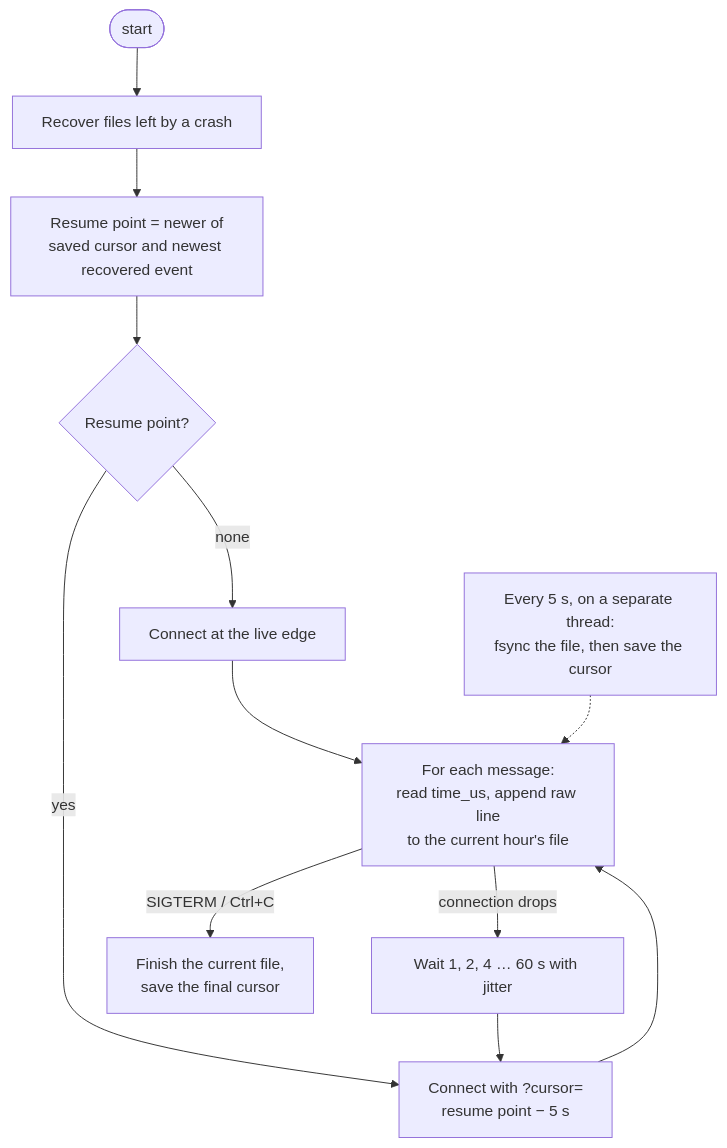
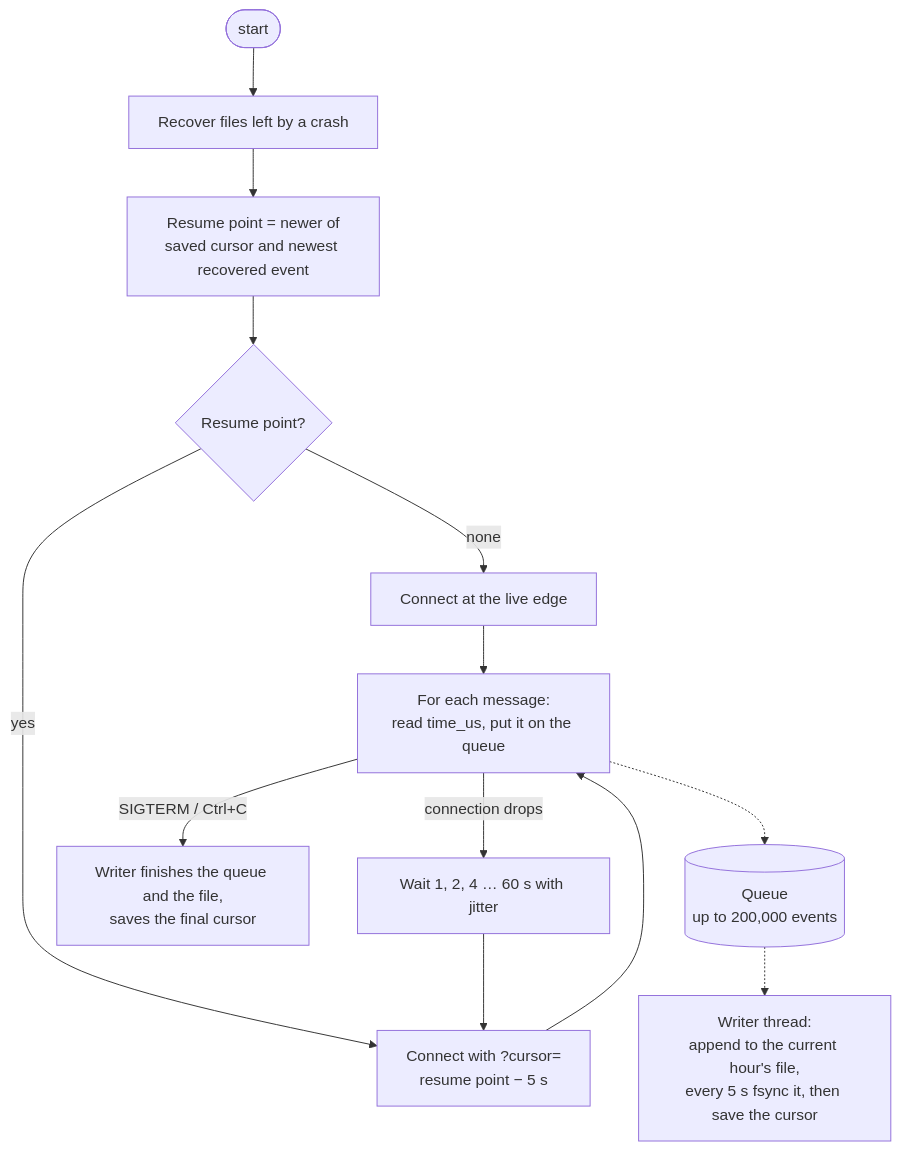
Before and after one commit to dhirajkk91/bluesky-stream-analytics: the first of 2 diagrams in docs/architectures/collector.md, drawn with Mermaid. The commit also changed other lines of this file and 7 other files, not shown here.

Commit message:
Read and write on separate threads in the collector

````diff
--- a/docs/architectures/collector.md
+++ b/docs/architectures/collector.md
@@ -22,15 +24,16 @@
 ```mermaid
 flowchart TD
     A([start]) --> B["Recover files left by a crash"]
     B --> C["Resume point = newer of<br/>saved cursor and newest recovered event"]
     C --> D{"Resume point?"}
     D -- none --> E["Connect at the live edge"]
     D -- yes --> F["Connect with ?cursor=<br/>resume point − 5 s"]
     E --> G
-    F --> G["For each message:<br/>read time_us, append raw line<br/>to the current hour's file"]
+    F --> G["For each message:<br/>read time_us, put it on the queue"]
     G -->|"connection drops"| H["Wait 1, 2, 4 … 60 s with jitter"]
     H --> F
-    G -->|"SIGTERM / Ctrl+C"| I["Finish the current file,<br/>save the final cursor"]
+    G -->|"SIGTERM / Ctrl+C"| I["Writer finishes the queue and the file,<br/>saves the final cursor"]
 
-    K["Every 5 s, on a separate thread:<br/>fsync the file, then save the cursor"] -.-> G
+    G -.-> Q[("Queue<br/>up to 200,000 events")]
+    Q -.-> W["Writer thread:<br/>append to the current hour's file,<br/>every 5 s fsync it, then save the cursor"]
 ```
````
